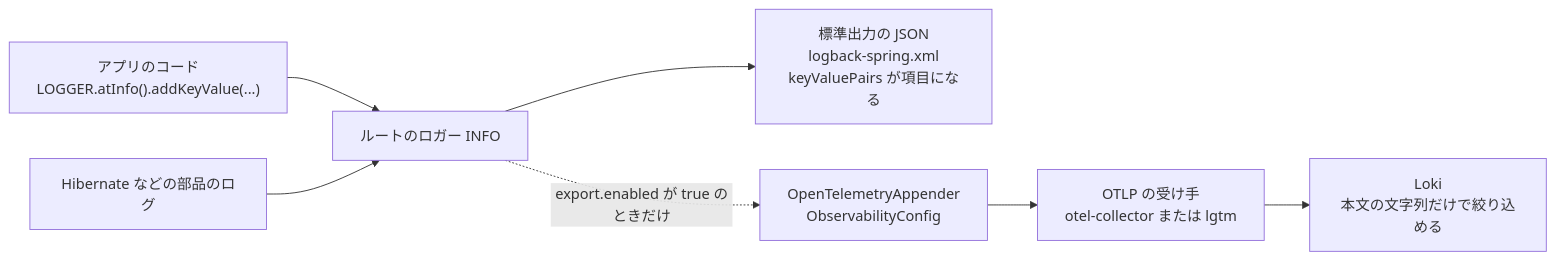
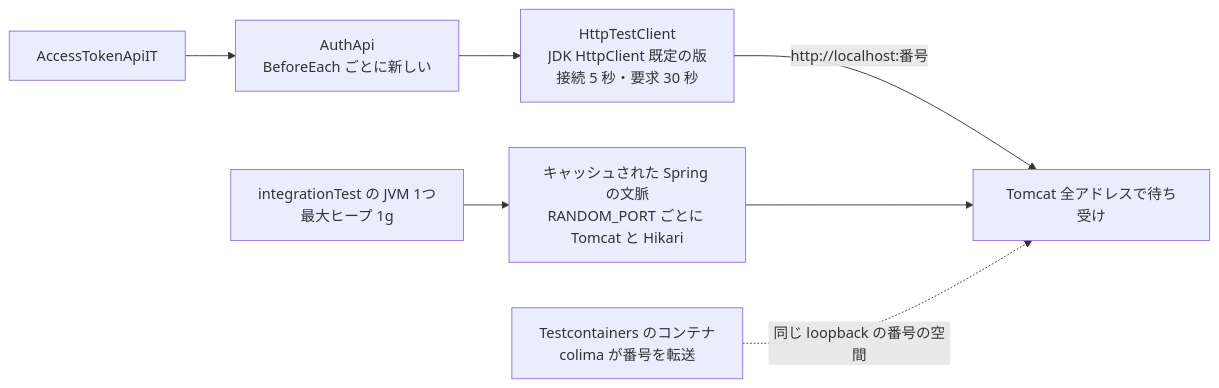
One commit to agwlvssainokuni/mastersmith2 changed the third of 3 diagrams in aidlc/spaces/default/codekb/mastersmith2/architecture.md. Above: the diagram before and after it, drawn with Mermaid. The commit also changed other lines of this file and 14 other files, not shown here.

````diff
--- a/aidlc/spaces/default/codekb/mastersmith2/architecture.md
+++ b/aidlc/spaces/default/codekb/mastersmith2/architecture.md
@@ -198,9 +135,9 @@
 ```mermaid
 flowchart LR
-  SRC["アプリのコード<br/>LOGGER.atInfo().addKeyValue(...)"] --> ROOT["ルートのロガー INFO"]
-  LIB["Hibernate などの部品のログ"] --> ROOT
-  ROOT --> JSON["標準出力の JSON<br/>logback-spring.xml<br/>keyValuePairs が項目になる"]
-  ROOT -. "export.enabled が true のときだけ" .-> OTEL["OpenTelemetryAppender<br/>ObservabilityConfig"]
-  OTEL --> COL["OTLP の受け手<br/>otel-collector または lgtm"]
-  COL --> LOKI["Loki<br/>本文の文字列だけで絞り込める"]
+  JVM["integrationTest の JVM 1つ<br/>最大ヒープ 1g"] --> CTX["キャッシュされた Spring の文脈<br/>RANDOM_PORT ごとに Tomcat と Hikari"]
+  IT["AccessTokenApiIT"] --> API["AuthApi<br/>BeforeEach ごとに新しい"]
+  API --> HC["HttpTestClient<br/>JDK HttpClient 既定の版<br/>接続 5 秒・要求 30 秒"]
+  HC -- "http://localhost:番号" --> TOM["Tomcat 全アドレスで待ち受け"]
+  CTX --> TOM
+  TC["Testcontainers のコンテナ<br/>colima が番号を転送"] -. "同じ loopback の番号の空間" .-> TOM
 ```
````
